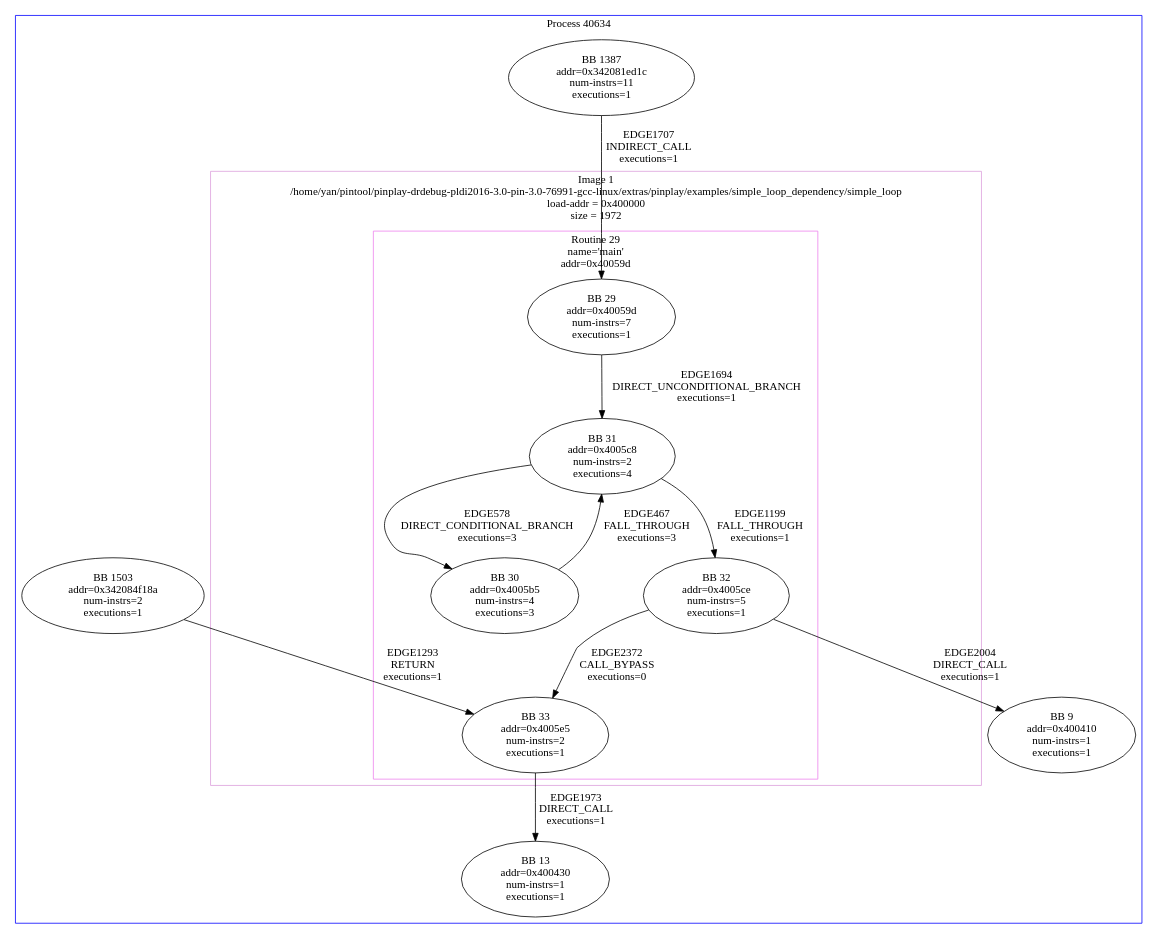
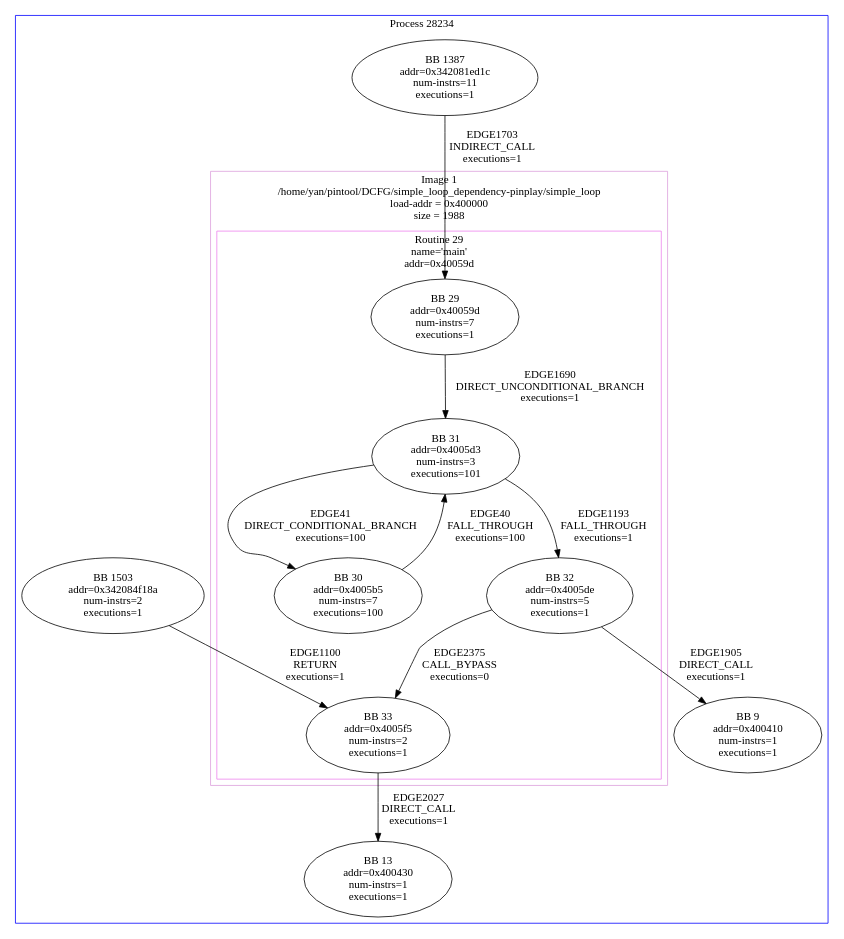
One commit to passlab/DCFG changed the diagram in simple_loop_dependency-pinplay/whole.dcfg.dot. Above: the diagram before and after it, drawn with Graphviz. The commit also changed 47 other files, not shown here.

Commit message:
uncommit so dot graph can be generated

```diff
--- a/simple_loop_dependency-pinplay/whole.dcfg.dot
+++ b/simple_loop_dependency-pinplay/whole.dcfg.dot
@@ -1,44 +1,44 @@
 # This file is in the DOT graph-visualization language.
 # See http://www.graphviz.org for a list of programs to render the graph.
 digraph dcfg {
- subgraph cluster_pid40634 {
+ subgraph cluster_pid28234 {
   color=blue;
-  label="Process 40634";
+  label="Process 28234";
   subgraph cluster_image1 {
    color=plum;
-   label="Image 1\n/home/yan/pintool/pinplay-drdebug-pldi2016-3.0-pin-3.0-76991-gcc-linux/extras/pinplay/examples/simple_loop_dependency/simple_loop\nload-addr = 0x400000\nsize = 1972";
+   label="Image 1\n/home/yan/pintool/DCFG/simple_loop_dependency-pinplay/simple_loop\nload-addr = 0x400000\nsize = 1988";
   subgraph cluster_routine29 {
    color=violet;
    label="Routine 29\nname='main'\naddr=0x40059d";
-   node33 [label="BB 33\naddr=0x4005e5\nnum-instrs=2\nexecutions=1"];
+   node33 [label="BB 33\naddr=0x4005f5\nnum-instrs=2\nexecutions=1"];
    node29 [label="BB 29\naddr=0x40059d\nnum-instrs=7\nexecutions=1"];
-   node30 [label="BB 30\naddr=0x4005b5\nnum-instrs=4\nexecutions=3"];
-   node31 [label="BB 31\naddr=0x4005c8\nnum-instrs=2\nexecutions=4"];
-   node32 [label="BB 32\naddr=0x4005ce\nnum-instrs=5\nexecutions=1"];
+   node30 [label="BB 30\naddr=0x4005b5\nnum-instrs=7\nexecutions=100"];
+   node31 [label="BB 31\naddr=0x4005d3\nnum-instrs=3\nexecutions=101"];
+   node32 [label="BB 32\naddr=0x4005de\nnum-instrs=5\nexecutions=1"];
   }
   } /* image1 */
   subgraph cluster_image2 {
    color=plum;
    label="Image 2\n/lib64/ld-linux-x86-64.so.2\nload-addr = 0x3420000000\nsize = 129552";
   } /* image2 */
   subgraph cluster_image3 {
    color=plum;
    label="Image 3\n/lib64/libc.so.6\nload-addr = 0x3420800000\nsize = 3750152";
   } /* image3 */
 
 # Edges
-node1387 -> node29 [label="EDGE1707\nINDIRECT_CALL\nexecutions=1"];
+node1387 -> node29 [label="EDGE1703\nINDIRECT_CALL\nexecutions=1"];
    node1387 [label="BB 1387\naddr=0x342081ed1c\nnum-instrs=11\nexecutions=1"];
-node29 -> node31 [label="EDGE1694\nDIRECT_UNCONDITIONAL_BRANCH\nexecutions=1"];
-node30 -> node31 [label="EDGE467\nFALL_THROUGH\nexecutions=3"];
-node31 -> node32 [label="EDGE1199\nFALL_THROUGH\nexecutions=1"];
-node31 -> node30 [label="EDGE578\nDIRECT_CONDITIONAL_BRANCH\nexecutions=3"];
-node1503 -> node33 [label="EDGE1293\nRETURN\nexecutions=1"];
+node29 -> node31 [label="EDGE1690\nDIRECT_UNCONDITIONAL_BRANCH\nexecutions=1"];
+node30 -> node31 [label="EDGE40\nFALL_THROUGH\nexecutions=100"];
+node31 -> node32 [label="EDGE1193\nFALL_THROUGH\nexecutions=1"];
+node31 -> node30 [label="EDGE41\nDIRECT_CONDITIONAL_BRANCH\nexecutions=100"];
+node1503 -> node33 [label="EDGE1100\nRETURN\nexecutions=1"];
    node1503 [label="BB 1503\naddr=0x342084f18a\nnum-instrs=2\nexecutions=1"];
-node32 -> node9 [label="EDGE2004\nDIRECT_CALL\nexecutions=1"];
+node32 -> node9 [label="EDGE1905\nDIRECT_CALL\nexecutions=1"];
    node9 [label="BB 9\naddr=0x400410\nnum-instrs=1\nexecutions=1"];
-node32 -> node33 [label="EDGE2372\nCALL_BYPASS\nexecutions=0"];
-node33 -> node13 [label="EDGE1973\nDIRECT_CALL\nexecutions=1"];
+node32 -> node33 [label="EDGE2375\nCALL_BYPASS\nexecutions=0"];
+node33 -> node13 [label="EDGE2027\nDIRECT_CALL\nexecutions=1"];
    node13 [label="BB 13\naddr=0x400430\nnum-instrs=1\nexecutions=1"];
- } /* pid40634 */
+ } /* pid28234 */
 }
```
